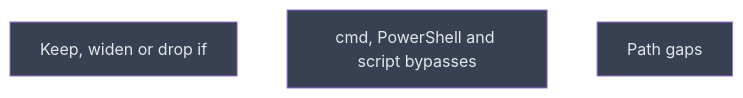
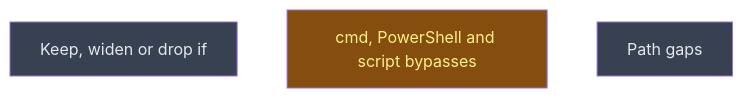
Before and after one commit to CrackingShells/Murmuration: the diagram in __roadmap__/windows_install/next/README.md, drawn with Mermaid. The commit also changed other lines of this file and 2 other files, not shown here.

Commit message:
docs(roadmap): start shell_gaps, its two pre-conditions met
The Windows CI row compares the two guards (ci_green, merge 680001f) and
posix_gaps shipped as 0.1.2 (merge 2cbfa31, b511983), so the leaf that
edits the same guard files can start. if_probe, the other sibling that
next/ waits on, is still planned: shell_gaps does not depend on its
result.

````diff
--- a/__roadmap__/windows_install/next/README.md
+++ b/__roadmap__/windows_install/next/README.md
@@ -16,11 +16,11 @@
 ```mermaid
 graph TD
     if_decision[Keep, widen or drop if]:::planned
-    shell_gaps[cmd, PowerShell and script bypasses]:::planned
+    shell_gaps[cmd, PowerShell and script bypasses]:::inprogress
     next[Path gaps]:::planned
     classDef done       fill:#166534,color:#bbf7d0
     classDef inprogress fill:#854d0e,color:#fef08a
     classDef planned    fill:#374151,color:#e5e7eb
     classDef amendment  fill:#1e3a5f,color:#bfdbfe
     classDef blocked    fill:#7f1d1d,color:#fecaca
 ```
````
